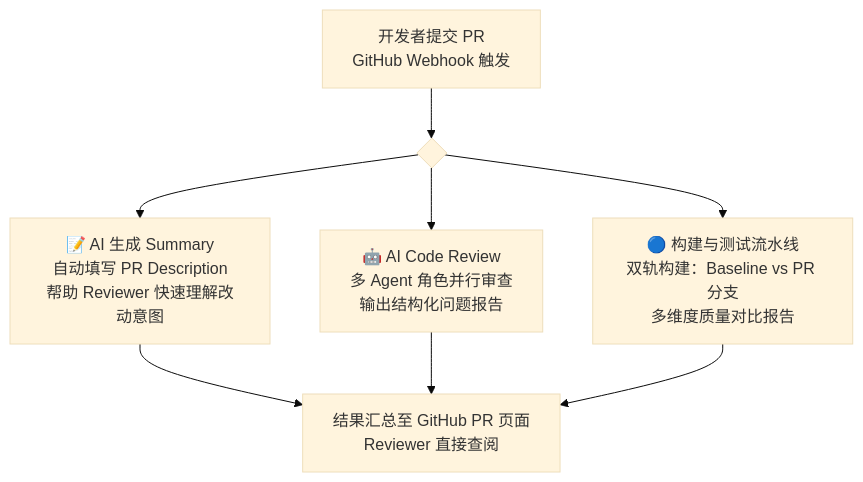
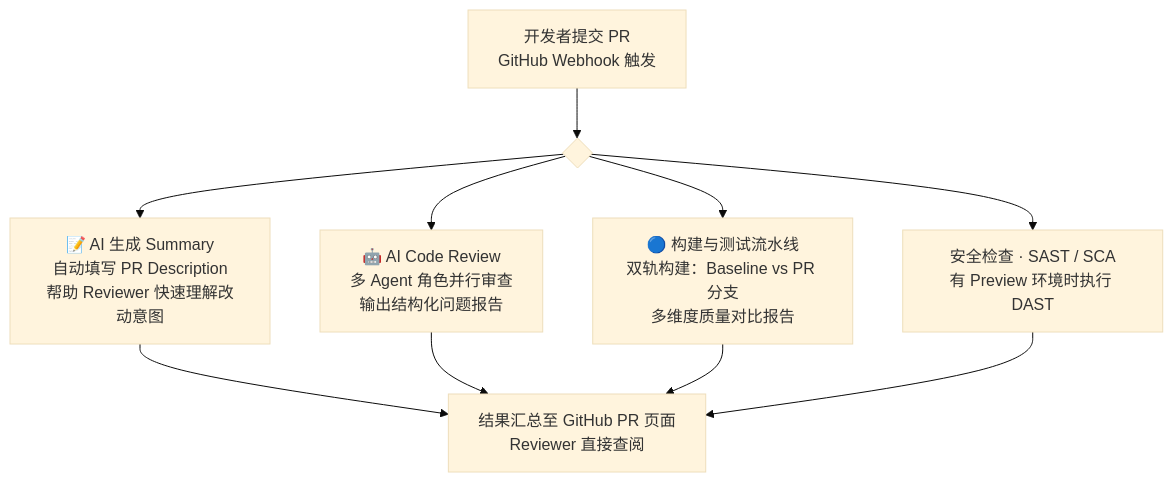
Before and after one commit to David-Tong/devops-articles: the second of 6 diagrams in 01-artifact-delivery/01-release-pipeline-overview/README.md, drawn with Mermaid (base theme). The commit also changed other lines of this file and 1 other file, not shown here.

````diff
--- a/01-artifact-delivery/01-release-pipeline-overview/README.md
+++ b/01-artifact-delivery/01-release-pipeline-overview/README.md
@@ -60,12 +218,14 @@
 ```mermaid
 flowchart TB
     PR["开发者提交 PR\nGitHub Webhook 触发"] --> 并行{ }
 
     并行 --> A["📝 AI 生成 Summary\n自动填写 PR Description\n帮助 Reviewer 快速理解改动意图"]
     并行 --> B["🤖 AI Code Review\n多 Agent 角色并行审查\n输出结构化问题报告"]
     并行 --> C["🔵 构建与测试流水线\n双轨构建：Baseline vs PR 分支\n多维度质量对比报告"]
+    并行 --> SEC["安全检查 · SAST / SCA\n有 Preview 环境时执行 DAST"]
 
     A --> GH["结果汇总至 GitHub PR 页面\nReviewer 直接查阅"]
     B --> GH
     C --> GH
+    SEC --> GH
 ```
````
